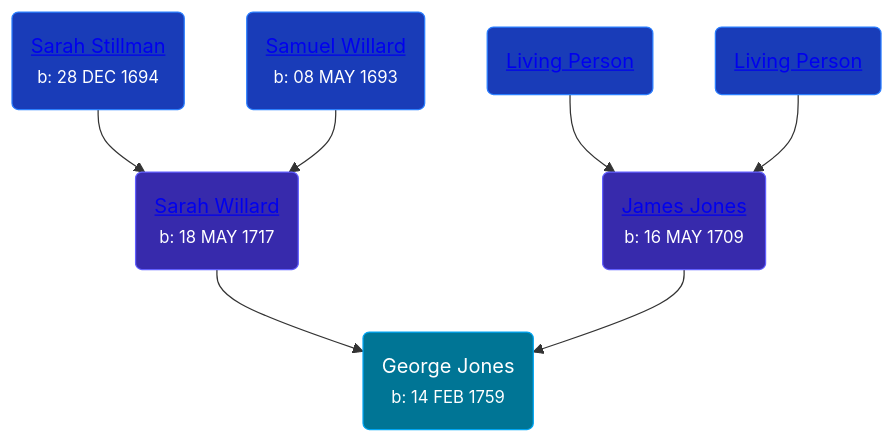
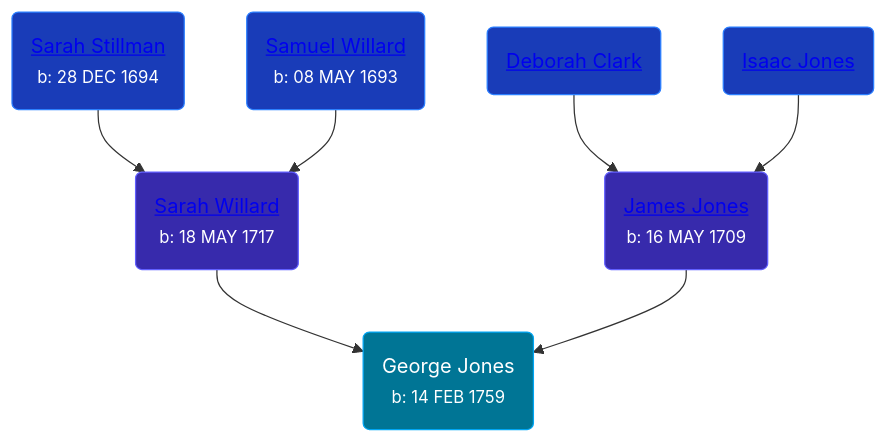
One commit to wpmgotkh/wpmgotkh.github.io changed the diagram in pages/people/1/12539052.md. Above: the diagram before and after it, drawn with Mermaid. The commit also changed 586 other files, not shown here.

Commit message:
feat: better shouldConsiderPersonLiving algo

````diff
--- a/pages/people/1/12539052.md
+++ b/pages/people/1/12539052.md
@@ -10,13 +10,13 @@
 ```mermaid
 graph
 classDef grands fill:#193cb8,stroke:#2b7fff,stroke-width:1px,color:#fff;
 classDef parents fill:#372aac,stroke:#615fff,stroke-width:1px,color:#fff;
 classDef primary fill:#007595,stroke:#00a6f4,stroke-width:1px,color:#fff;
 12539052(George Jones<br /><small>b: 14 FEB 1759</small>):::primary
 24374592(<a class="text-white" href="/people/2/24374592">Sarah Willard</a><br /><small>b: 18 MAY 1717</small>):::parents-->12539052
 9722974(<a class="text-white" href="/people/9/9722974">Sarah Stillman</a><br /><small>b: 28 DEC 1694</small>):::grands-->24374592
 12362566(<a class="text-white" href="/people/1/12362566">Samuel Willard</a><br /><small>b: 08 MAY 1693</small>):::grands-->24374592
 61233476(<a class="text-white" href="/people/6/61233476">James Jones</a><br /><small>b: 16 MAY 1709</small>):::parents-->12539052
-1648568(<a class="text-white" href="/people/1/1648568">Living Person</a>):::grands-->61233476
-74416956(<a class="text-white" href="/people/7/74416956">Living Person</a>):::grands-->61233476
+1648568(<a class="text-white" href="/people/1/1648568">Deborah Clark</a>):::grands-->61233476
+74416956(<a class="text-white" href="/people/7/74416956">Isaac Jones</a>):::grands-->61233476
 ```
````
